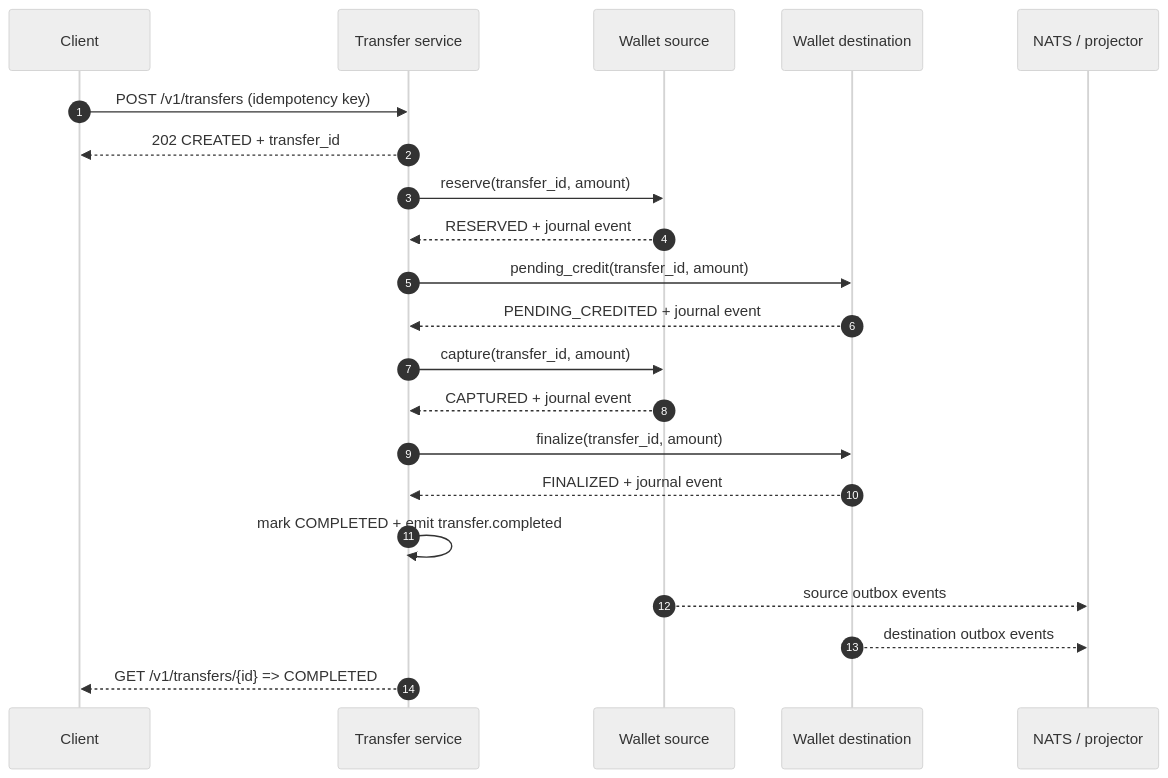
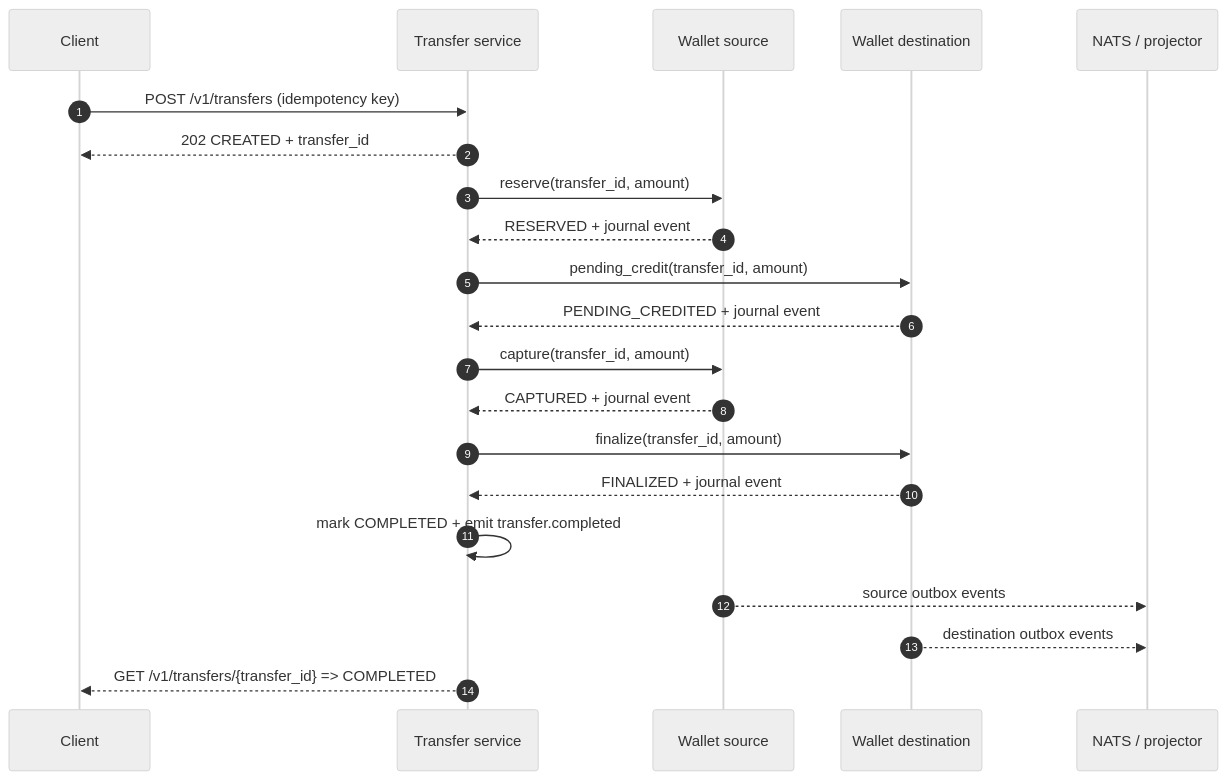
The second of 3 diagrams in docs/saga.md (prajexec/Wallet), drawn with Mermaid (neutral theme) before and after one commit. The commit also changed other lines of this file and 7 other files, not shown here.

````diff
--- a/docs/saga.md
+++ b/docs/saga.md
@@ -73,24 +75,24 @@
 ```mermaid
 sequenceDiagram
     autonumber
     participant C as Client
     participant T as Transfer service
     participant S as Wallet source
     participant D as Wallet destination
     participant J as NATS / projector
 
     C->>T: POST /v1/transfers (idempotency key)
     T-->>C: 202 CREATED + transfer_id
     T->>S: reserve(transfer_id, amount)
     S-->>T: RESERVED + journal event
     T->>D: pending_credit(transfer_id, amount)
     D-->>T: PENDING_CREDITED + journal event
     T->>S: capture(transfer_id, amount)
     S-->>T: CAPTURED + journal event
     T->>D: finalize(transfer_id, amount)
     D-->>T: FINALIZED + journal event
     T->>T: mark COMPLETED + emit transfer.completed
     S-->>J: source outbox events
     D-->>J: destination outbox events
-    T-->>C: GET /v1/transfers/{id} => COMPLETED
+    T-->>C: GET /v1/transfers/{transfer_id} => COMPLETED
 ```
````
